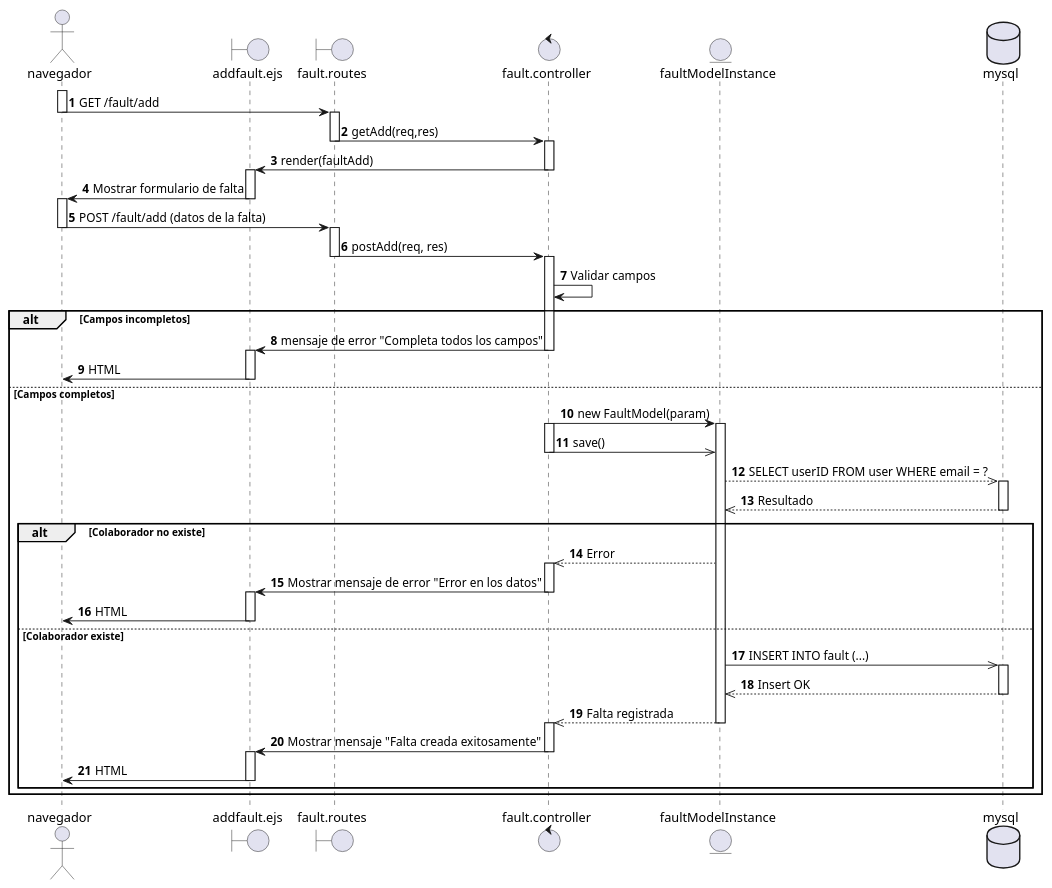
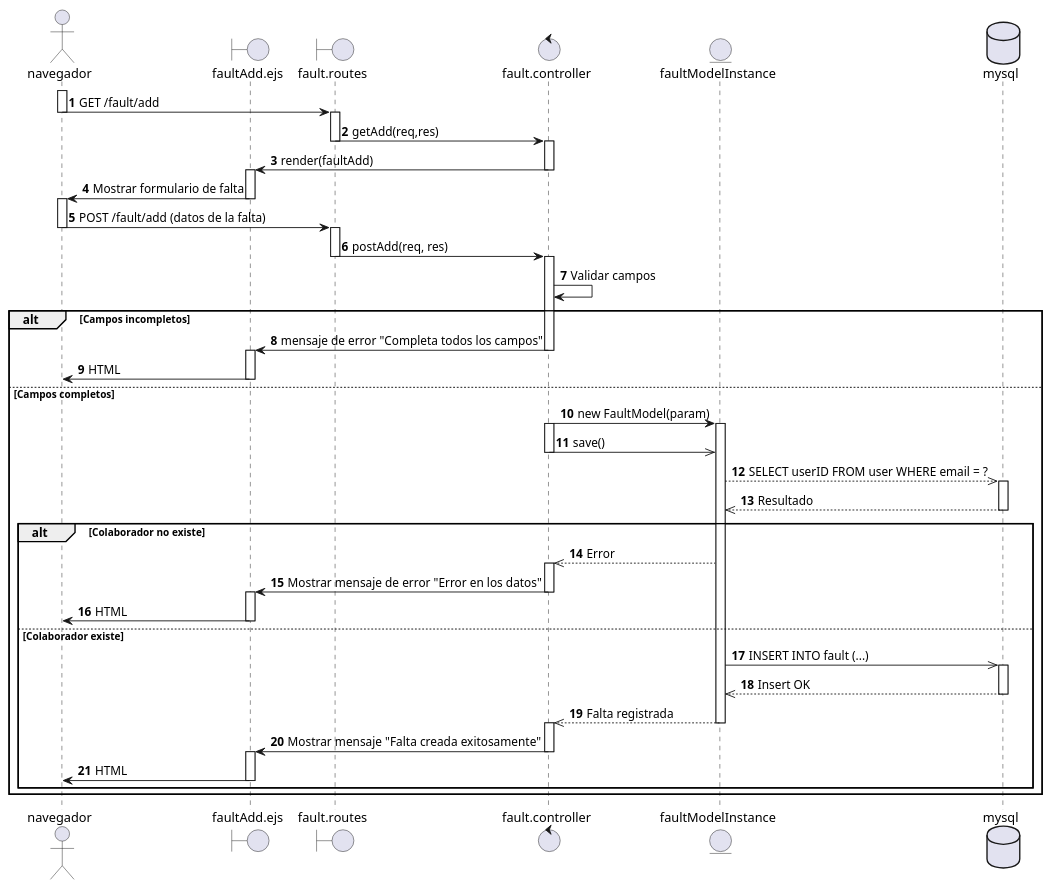
Before and after one commit to EdCanCe/WorkCells: the diagram in diagrams/Casos de Uso/manu req fun/diagramas de secuencia/superadmin agrega falta.puml, drawn with PlantUML. The commit also changed 2 other files, not shown here.

Commit message:
correccion para registrar falta administrativa

```diff
--- a/diagrams/Casos de Uso/manu req fun/diagramas de secuencia/superadmin agrega falta.puml
+++ b/diagrams/Casos de Uso/manu req fun/diagramas de secuencia/superadmin agrega falta.puml
@@ -1,99 +1,99 @@
 @startuml
 actor navegador
-boundary addfault.ejs
+boundary faultAdd.ejs
 boundary fault.routes
 control fault.controller
 entity faultModelInstance
 database mysql
 
 autonumber
 ' Inicio del flujo
 activate navegador
 navegador -> fault.routes : GET /fault/add
 deactivate navegador
 
 activate fault.routes
 
 fault.routes -> fault.controller : getAdd(req,res)
 deactivate fault.routes
 activate fault.controller
-fault.controller -> addfault.ejs: render(faultAdd)
+fault.controller -> faultAdd.ejs: render(faultAdd)
 deactivate fault.controller
-activate addfault.ejs
-addfault.ejs -> navegador : Mostrar formulario de falta
-deactivate addfault.ejs
+activate faultAdd.ejs
+faultAdd.ejs -> navegador : Mostrar formulario de falta
+deactivate faultAdd.ejs
 activate navegador
 deactivate fault.routes
 
 ' Envío de datos de la falta
 navegador -> fault.routes : POST /fault/add (datos de la falta)
 deactivate navegador
 activate fault.routes
 
 fault.routes -> fault.controller : postAdd(req, res)
 deactivate fault.routes
 activate fault.controller
 
 ' Validación de campos
 fault.controller -> fault.controller : Validar campos
 
 alt Campos incompletos
-    fault.controller -> addfault.ejs : mensaje de error "Completa todos los campos"
+    fault.controller -> faultAdd.ejs : mensaje de error "Completa todos los campos"
     deactivate fault.controller    
-    activate addfault.ejs
-    addfault.ejs -> navegador : HTML
-    deactivate addfault.ejs
+    activate faultAdd.ejs
+    faultAdd.ejs -> navegador : HTML
+    deactivate faultAdd.ejs
     deactivate fault.routes
 
 else Campos completos
     ' Crear instancia del modelo
 
     fault.controller -> faultModelInstance : new FaultModel(param)
     activate fault.controller
     ' Verificar si el colaborador existe
     activate faultModelInstance
     fault.controller ->> faultModelInstance : save()
     deactivate fault.controller
     
     
 
     faultModelInstance -->> mysql : SELECT userID FROM user WHERE email = ?
     activate mysql
     mysql -->> faultModelInstance : Resultado
     
     deactivate mysql
 
     alt Colaborador no existe
         
         faultModelInstance -->> fault.controller : Error
         activate fault.controller
-        fault.controller -> addfault.ejs : Mostrar mensaje de error "Error en los datos"
+        fault.controller -> faultAdd.ejs : Mostrar mensaje de error "Error en los datos"
         deactivate fault.controller
-        activate addfault.ejs
-        addfault.ejs -> navegador : HTML
-        deactivate addfault.ejs
+        activate faultAdd.ejs
+        faultAdd.ejs -> navegador : HTML
+        deactivate faultAdd.ejs
         deactivate fault.controller
         deactivate fault.routes
 
     else Colaborador existe
 
         faultModelInstance ->> mysql : INSERT INTO fault (...)
         activate mysql
         mysql -->> faultModelInstance : Insert OK
         deactivate mysql
         faultModelInstance -->> fault.controller : Falta registrada
          deactivate faultModelInstance
         activate fault.controller
       
 
         ' Notificación de éxito
-        fault.controller -> addfault.ejs : Mostrar mensaje "Falta creada exitosamente"
+        fault.controller -> faultAdd.ejs : Mostrar mensaje "Falta creada exitosamente"
         deactivate fault.controller
-        activate addfault.ejs
-        addfault.ejs -> navegador : HTML
-        deactivate addfault.ejs
+        activate faultAdd.ejs
+        faultAdd.ejs -> navegador : HTML
+        deactivate faultAdd.ejs
         deactivate fault.controller
         deactivate fault.routes
     end
 end
 @enduml
```
